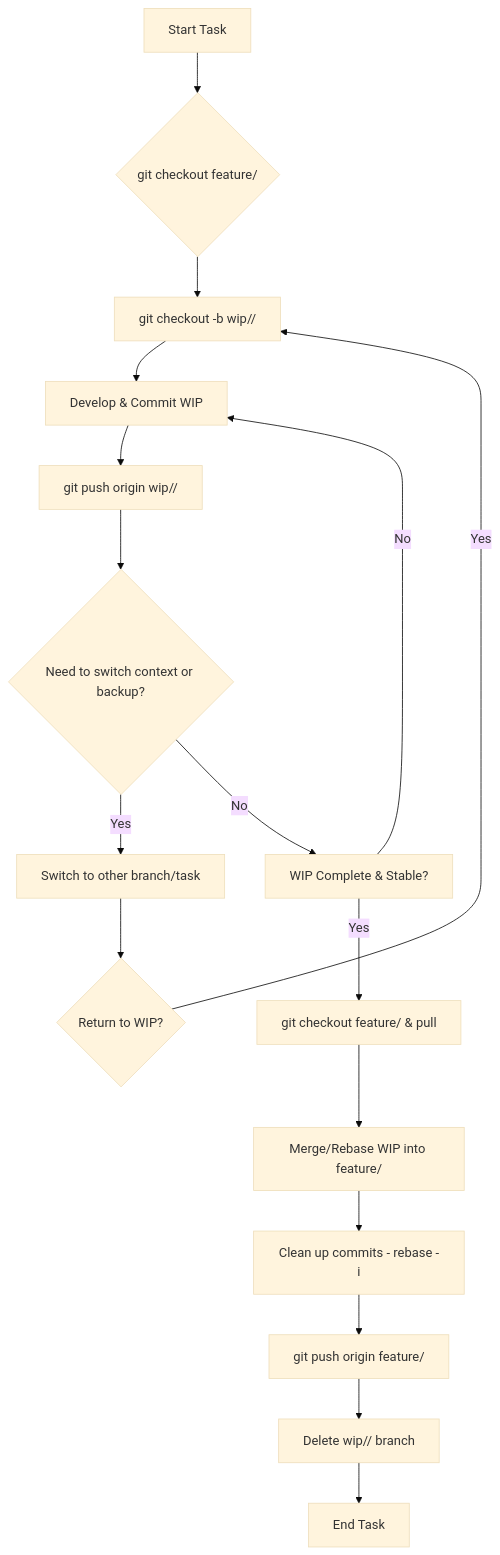
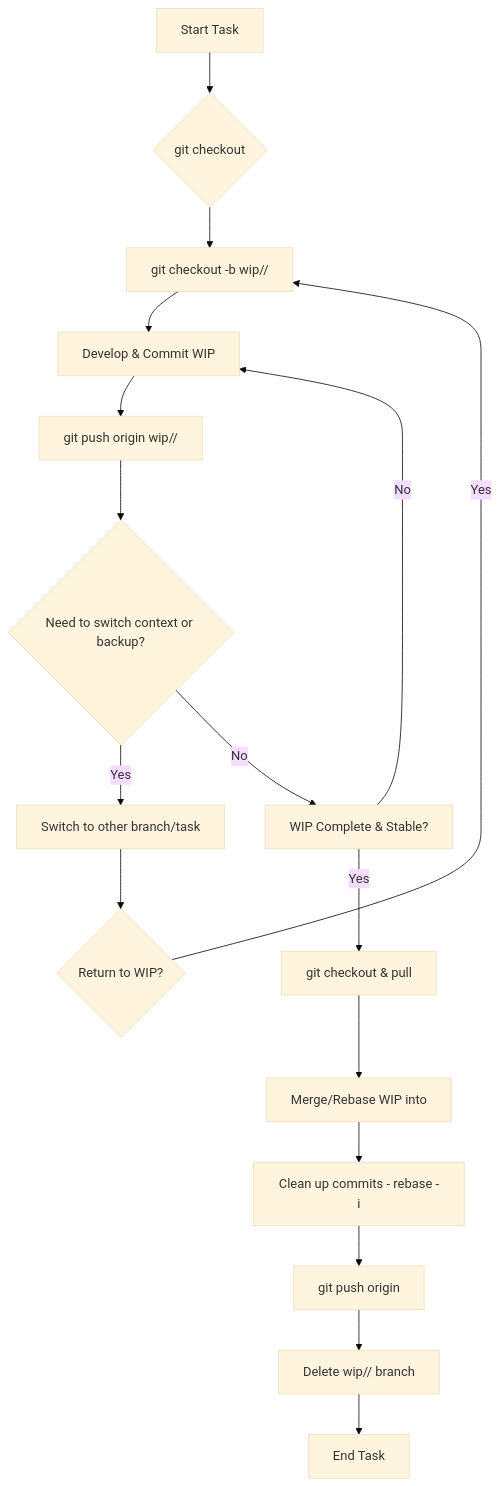
Before and after one commit to lrryhss/AIDevFlow: the diagram in docs/SOPs/git/git_wip_remote_backup_sop.md, drawn with Mermaid (base theme). The commit also changed other lines of this file and 1 other file, not shown here.

First line of the commit message:
docs: Generalize WIP SOP and update GitFlow Overview

````diff
--- a/docs/SOPs/git/git_wip_remote_backup_sop.md
+++ b/docs/SOPs/git/git_wip_remote_backup_sop.md
@@ -100,19 +100,19 @@
 ```mermaid
 graph TD
-    A[Start Task] --> B{git checkout feature/<name>};
+    A[Start Task] --> B{git checkout <original-branch>};
     B --> C[git checkout -b wip/<initials>/<name>];
     C --> D[Develop & Commit WIP];
     D --> E[git push origin wip/<initials>/<name>];
     E --> F{Need to switch context or backup?};
     F -- Yes --> G[Switch to other branch/task];
     G --> H{Return to WIP?};
     H -- Yes --> C;
     F -- No --> I[WIP Complete & Stable?];
     I -- No --> D;
-    I -- Yes --> J[git checkout feature/<name> & pull];
-    J --> K[Merge/Rebase WIP into feature/<name>];
+    I -- Yes --> J[git checkout <original-branch> & pull];
+    J --> K[Merge/Rebase WIP into <original-branch>];
     K --> L[Clean up commits - rebase -i];
-    L --> M[git push origin feature/<name>];
+    L --> M[git push origin <original-branch>];
     M --> N[Delete wip/<initials>/<name> branch];
     N --> O[End Task];
 ```
````
